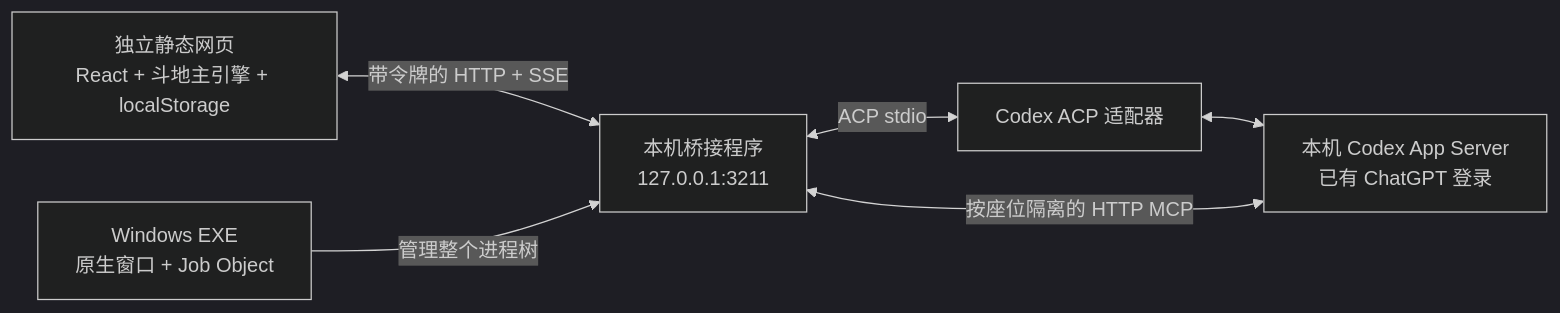
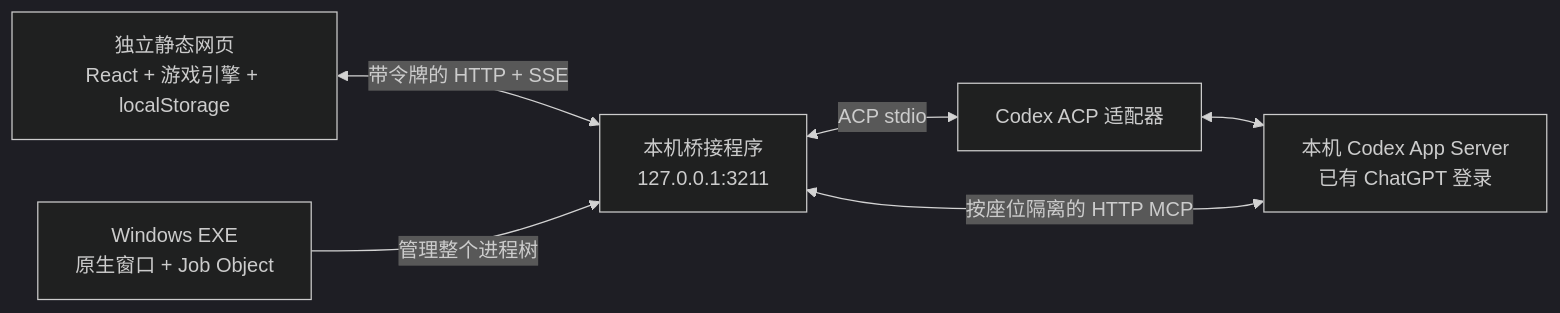
The diagram in README.md (IanYet/agent-game), drawn with Mermaid (dark theme) before and after one commit. The commit also changed other lines of this file and 35 other files, not shown here.

````diff
--- a/README.md
+++ b/README.md
@@ -79,13 +83,13 @@
 ```mermaid
 flowchart LR
-  W[独立静态网页<br/>React + 斗地主引擎 + localStorage]
+  W[独立静态网页<br/>React + 游戏引擎 + localStorage]
   C[Windows EXE<br/>原生窗口 + Job Object]
   B[本机桥接程序<br/>127.0.0.1:3211]
   A[Codex ACP 适配器]
   H[本机 Codex App Server<br/>已有 ChatGPT 登录]
   W <-->|带令牌的 HTTP + SSE| B
   C -->|管理整个进程树| B
   B <-->|ACP stdio| A
   A <--> H
   H <-->|按座位隔离的 HTTP MCP| B
 ```
````
